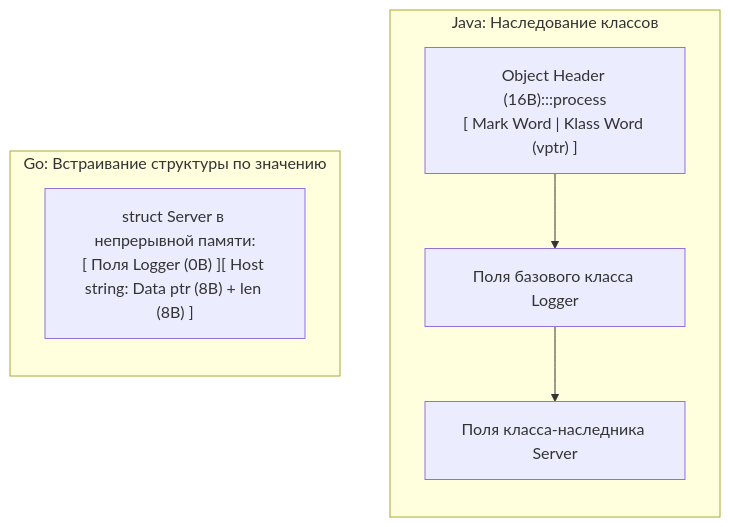
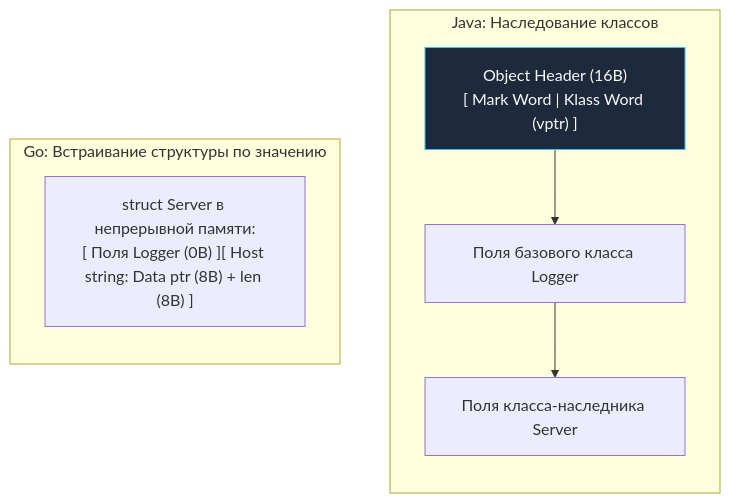
Before and after one commit to UnrealTemplier/go-textbook-ru: the diagram in sources/4. История и философия Go/13. Embedding. Как в Go реализуется композиция.md, drawn with Mermaid. The commit also changed 40 other files, not shown here.

First line of the commit message:
fix(mermaid): move :::class out of 48 quoted node labels

````diff
--- a/sources/4. История и философия Go/13. Embedding. Как в Go реализуется композиция.md
+++ b/sources/4. История и философия Go/13. Embedding. Как в Go реализуется композиция.md
@@ -50,23 +50,23 @@
 ```mermaid
 flowchart TD
     classDef process  fill:#1e293b,stroke:#38bdf8,stroke-width:1px,color:#f8fafc
     classDef success  fill:#064e3b,stroke:#34d399,stroke-width:1px,color:#f8fafc
     classDef error    fill:#7f1d1d,stroke:#f87171,stroke-width:1px,color:#f8fafc
     classDef warning  fill:#78350f,stroke:#fbbf24,stroke-width:1px,color:#f8fafc
     classDef entry    fill:#1e3a5f,stroke:#38bdf8,stroke-width:2px,color:#f8fafc
     classDef aux      fill:#334155,stroke:#64748b,stroke-width:1px,color:#f8fafc
     classDef system   fill:#312e81,stroke:#a78bfa,stroke-width:1px,color:#f8fafc
     classDef data     fill:#132d29,stroke:#2dd4bf,stroke-width:1px,color:#f8fafc
     classDef network  fill:#881337,stroke:#fb7185,stroke-width:1px,color:#f8fafc
     classDef accent   fill:#1e1b4b,stroke:#818cf8,stroke-width:1px,color:#f8fafc
     subgraph JAVA_INHERIT ["Java: Наследование классов"]
         direction TB
-        A1["Object Header (16B):::process<br>[ Mark Word | Klass Word (vptr) ]"] --> B1["Поля базового класса Logger"]
+        A1["Object Header (16B)<br>[ Mark Word | Klass Word (vptr) ]"]:::process --> B1["Поля базового класса Logger"]
         B1 --> C1["Поля класса-наследника Server"]
     end
 
     subgraph GO_EMBED ["Go: Встраивание структуры по значению"]
         direction TB
         A2["struct Server в непрерывной памяти:<br>[ Поля Logger (0B) ][ Host string: Data ptr (8B) + len (8B) ]"]
     end
 ```
````
